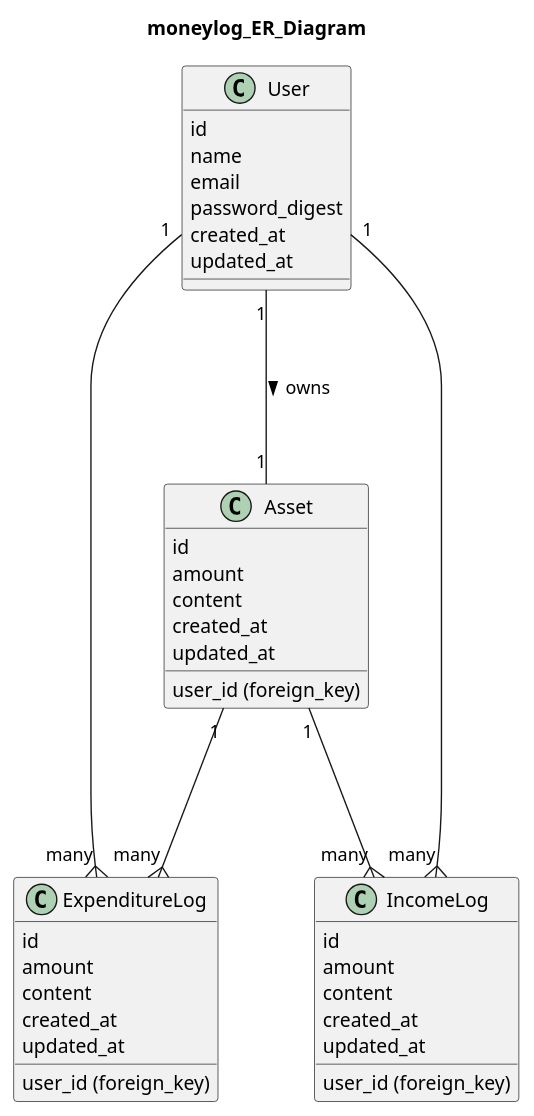
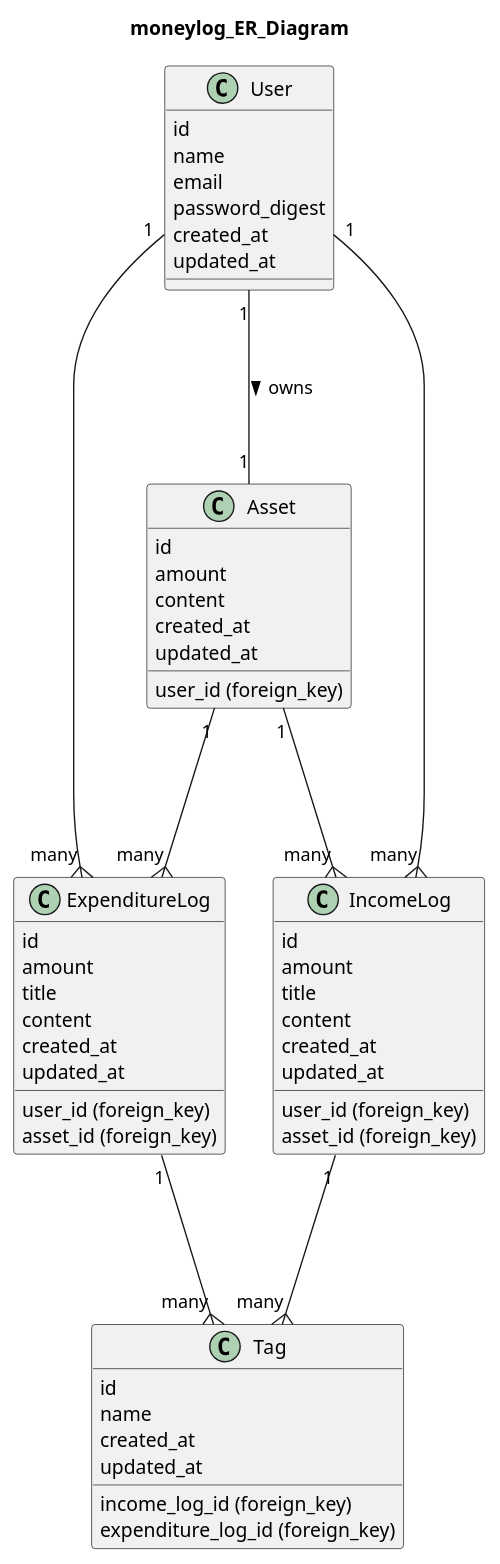
The diagram in moneylog_doc/moneylog_uml.pu (digitter/moneylog), drawn with PlantUML before and after one commit.

Commit message:
update er diagram

```diff
--- a/moneylog_doc/moneylog_uml.pu
+++ b/moneylog_doc/moneylog_uml.pu
@@ -1,55 +1,59 @@
 @startuml
   title moneylog_ER_Diagram
 
   ' Relationship
   User "1" --- "1" Asset: owns >
   User "1" ---{ "many" ExpenditureLog
   User "1" ---{ "many" IncomeLog
 
   Asset "1" ---{ "many" ExpenditureLog
   Asset "1" ---{ "many" IncomeLog
 
-  ' IncomeLog "1" ---{ "many" Tag
-  ' ExpenditureLog "1" ---{ "many" Tag
+  IncomeLog "1" ---{ "many" Tag
+  ExpenditureLog "1" ---{ "many" Tag
 
   class User {
     id
     name
     email
     password_digest
     created_at
     updated_at
   }
   class Asset {
     id
     user_id (foreign_key)
     amount
     content
     created_at
     updated_at
   }
   class IncomeLog {
     id
     user_id (foreign_key)
+    asset_id (foreign_key)
     amount
+    title
     content
     created_at
     updated_at
   }
   class ExpenditureLog {
     id
     user_id (foreign_key)
+    asset_id (foreign_key)
     amount
+    title
     content
     created_at
     updated_at
   }
-  ' class Tag {
-  '   id
-  '   income_log_id (foreign_key)
-  '   expenditure_log_id (foreign_key)
-  '   name
-  '   created_at
-  '   updated_at
-  ' }
+  class Tag {
+    id
+    income_log_id (foreign_key)
+    expenditure_log_id (foreign_key)
+    name
+    created_at
+    updated_at
+  }
 @enduml
```
